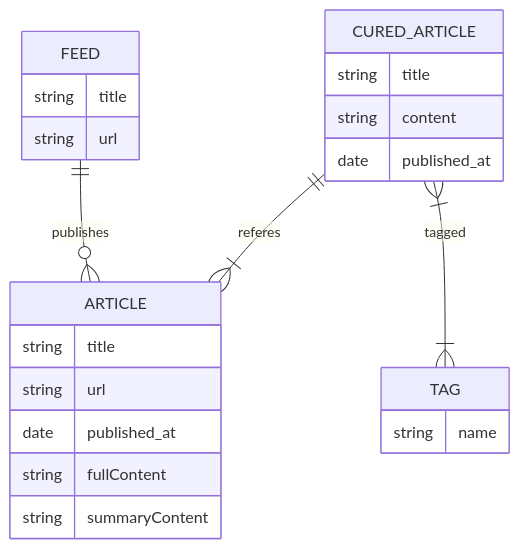
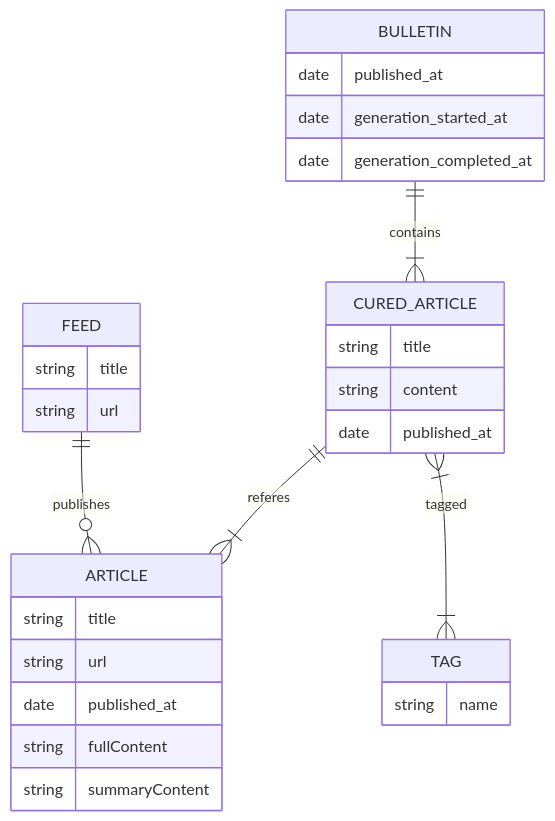
One commit to davidpoza/springboot-docker changed the diagram in readme.md. Above: the diagram before and after it, drawn with Mermaid. The commit also changed 9 other files, not shown here.

````diff
--- a/readme.md
+++ b/readme.md
@@ -1,30 +1,36 @@
 ```mermaid
 erDiagram
   FEED ||--o{ ARTICLE : publishes
   CURED_ARTICLE ||--|{ ARTICLE : referes
   CURED_ARTICLE }|--|{ TAG : tagged
-
+  BULLETIN ||--|{ CURED_ARTICLE : contains
 
   FEED {
     string title
     string url
   }
 
   ARTICLE {
     string title
     string url
     date published_at
     string fullContent
     string summaryContent
   }
 
   CURED_ARTICLE {
     string title
     string content
     date published_at
   }
 
   TAG {
     string name
   }
+
+  BULLETIN {
+    date published_at
+    date generation_started_at
+    date generation_completed_at
+  }
 ```
````
